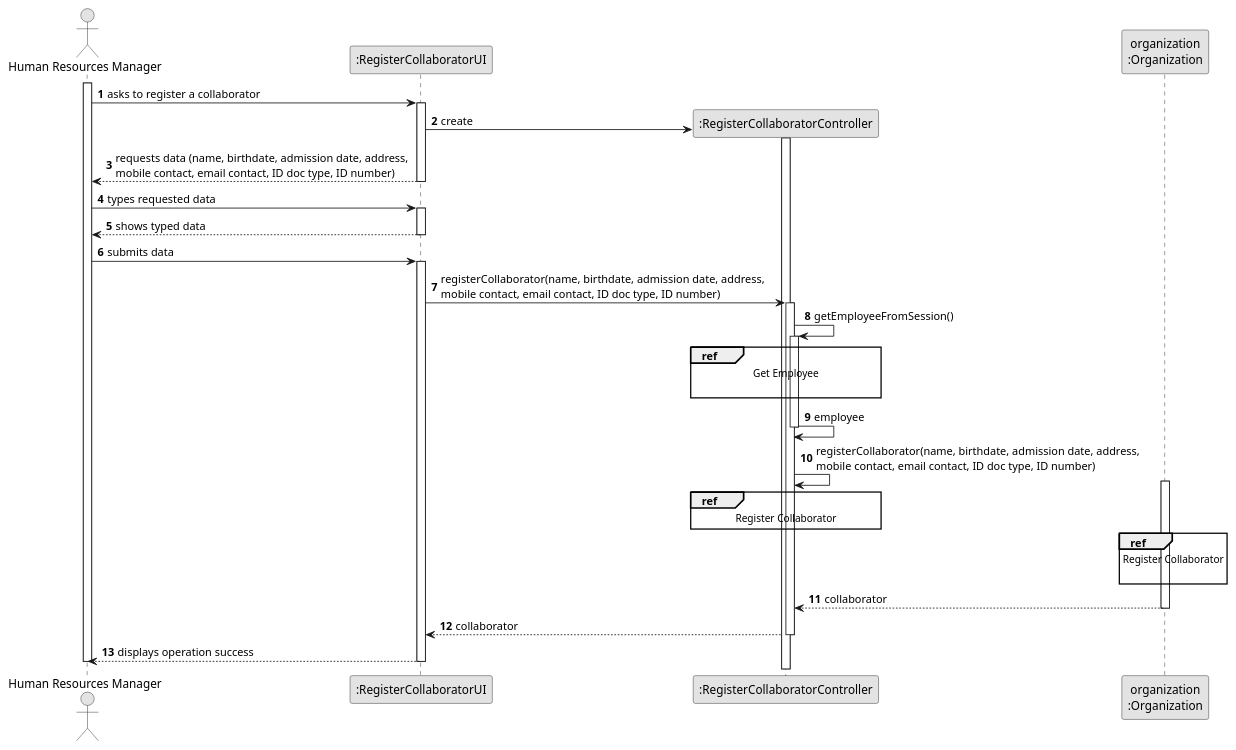
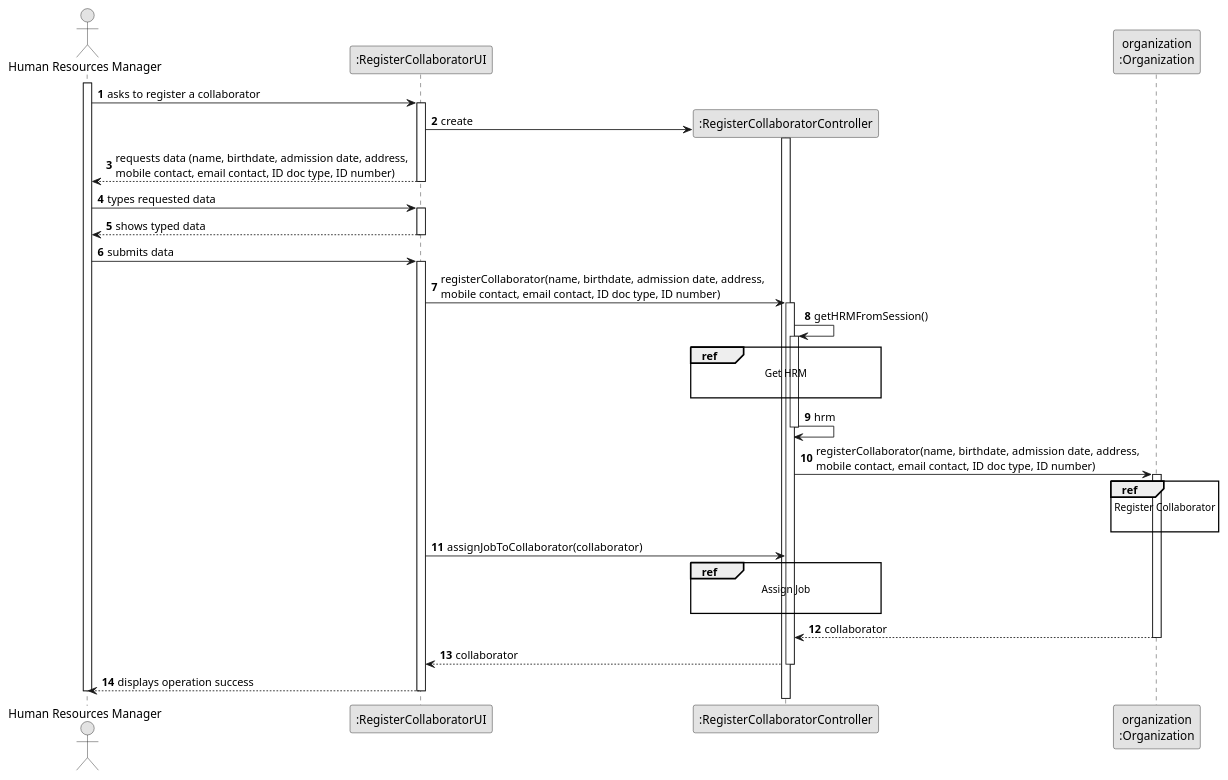
One commit to tiagosoa/lei-24-s2-1dgh-g073 changed the diagram in docs/sprint2/us003/03.design/puml/us003-sequence-diagram-split.puml. Above: the diagram before and after it, drawn with PlantUML. The commit also changed 74 other files, not shown here.

```diff
--- a/docs/sprint2/us003/03.design/puml/us003-sequence-diagram-split.puml
+++ b/docs/sprint2/us003/03.design/puml/us003-sequence-diagram-split.puml
@@ -1,71 +1,78 @@
 @startuml
 skinparam monochrome true
 skinparam packageStyle rectangle
 skinparam shadowing false
 
 autonumber
 
 'hide footbox
 actor "Human Resources Manager" as ADM
 participant ":RegisterCollaboratorUI" as UI
 participant ":RegisterCollaboratorController" as CTRL
 participant "organization\n:Organization" as ORG
 
 activate ADM
 
     ADM -> UI : asks to register a collaborator
 
     activate UI
 
         UI -> CTRL** : create
 
         activate CTRL
 
         UI --> ADM : requests data (name, birthdate, admission date, address, \nmobile contact, email contact, ID doc type, ID number)
     deactivate UI
 
     ADM -> UI : types requested data
     activate UI
 
         UI --> ADM : shows typed data
     deactivate UI
 
     ADM -> UI : submits data
     activate UI
 
         UI -> CTRL : registerCollaborator(name, birthdate, admission date, address, \nmobile contact, email contact, ID doc type, ID number)
         activate CTRL
 
-            CTRL -> CTRL : getEmployeeFromSession()
+            CTRL -> CTRL : getHRMFromSession()
             activate CTRL
 
                 ref over CTRL
-                    Get Employee
+                    Get HRM
 
                 end ref
-                CTRL -> CTRL : employee
+                CTRL -> CTRL : hrm
             deactivate CTRL
 
-            CTRL -> CTRL: registerCollaborator(name, birthdate, admission date, address, \nmobile contact, email contact, ID doc type, ID number)
+  
+
+
+            CTRL -> ORG: registerCollaborator(name, birthdate, admission date, address, \nmobile contact, email contact, ID doc type, ID number)
             activate ORG
 
-                ref over CTRL
-                    Register Collaborator
-                end
+
 
                                 ref over ORG
                                     Register Collaborator
 
                 end
+                 UI -> CTRL: assignJobToCollaborator(collaborator)
+
+                                                ref over CTRL
+                                                    Assign Job
+
+                                end
 
                 ORG --> CTRL : collaborator
             deactivate ORG
 
             CTRL --> UI: collaborator
             deactivate CTRL
             UI --> ADM: displays operation success
     deactivate UI
 
 deactivate ADM
 
 @enduml
```
